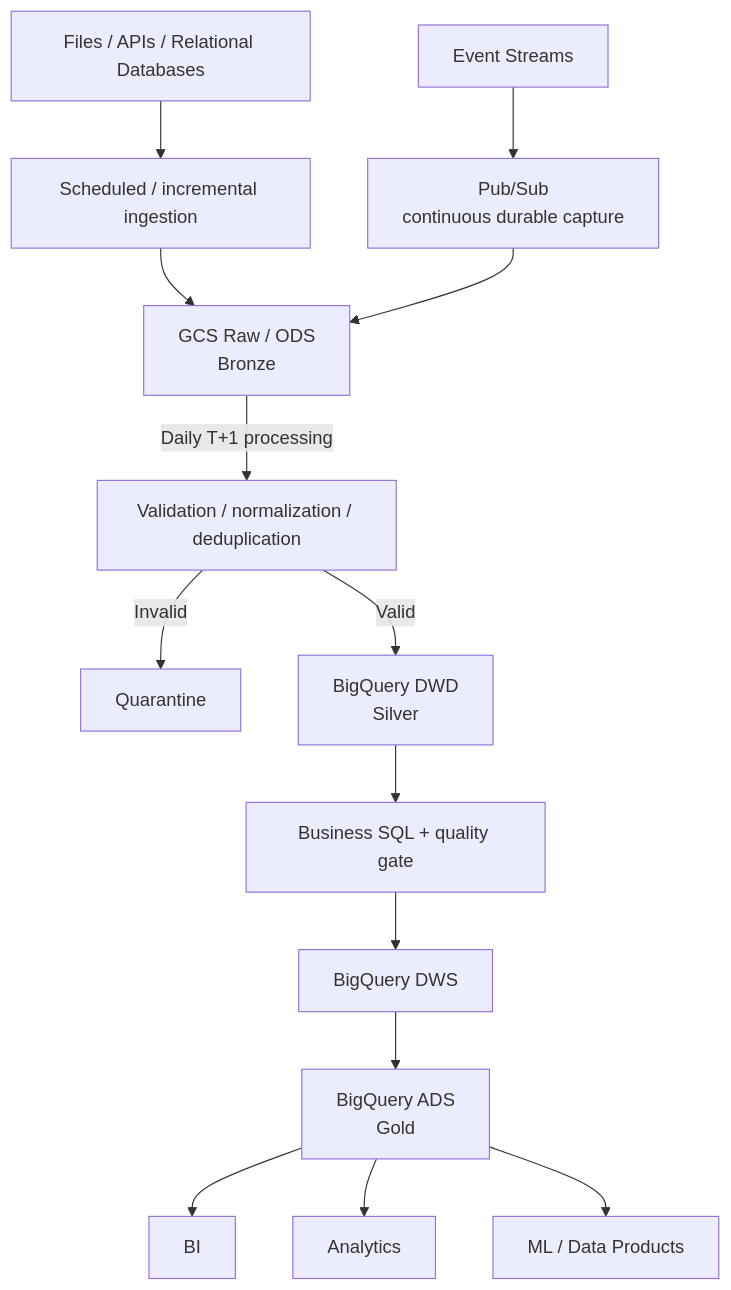
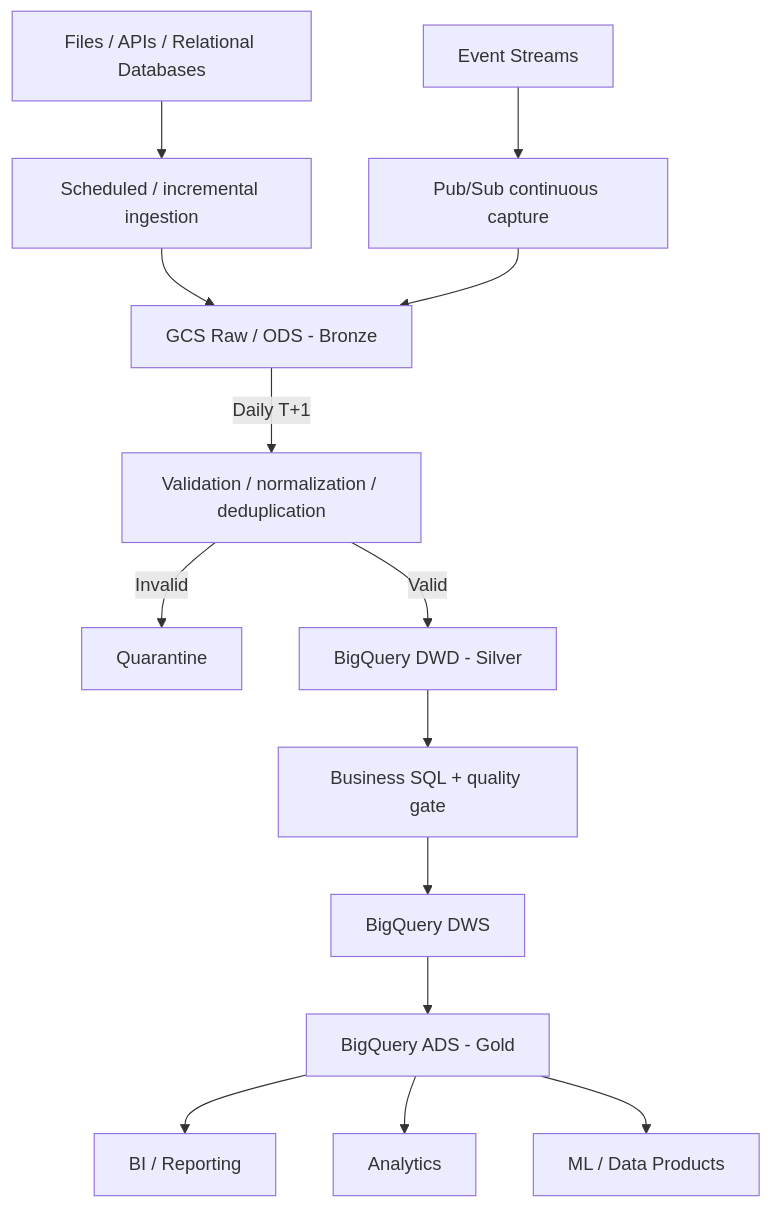
The diagram in README.md (SVMnetwork/event-data-product-pipeline), drawn with Mermaid before and after one commit. The commit also changed other lines of this file, not shown here.

````diff
--- a/README.md
+++ b/README.md
@@ -110,16 +46,16 @@
 ```mermaid
 flowchart TB
     A[Files / APIs / Relational Databases] --> B[Scheduled / incremental ingestion]
-    S[Event Streams] --> P[Pub/Sub<br/>continuous durable capture]
-    B --> C[GCS Raw / ODS<br/>Bronze]
+    S[Event Streams] --> P[Pub/Sub continuous capture]
+    B --> C[GCS Raw / ODS - Bronze]
     P --> C
-    C -->|Daily T+1 processing| D[Validation / normalization / deduplication]
+    C -->|Daily T+1| D[Validation / normalization / deduplication]
     D -->|Invalid| Q[Quarantine]
-    D -->|Valid| E[BigQuery DWD<br/>Silver]
+    D -->|Valid| E[BigQuery DWD - Silver]
     E --> F[Business SQL + quality gate]
     F --> G[BigQuery DWS]
-    G --> H[BigQuery ADS<br/>Gold]
-    H --> I[BI]
+    G --> H[BigQuery ADS - Gold]
+    H --> I[BI / Reporting]
     H --> J[Analytics]
     H --> K[ML / Data Products]
 ```
````
